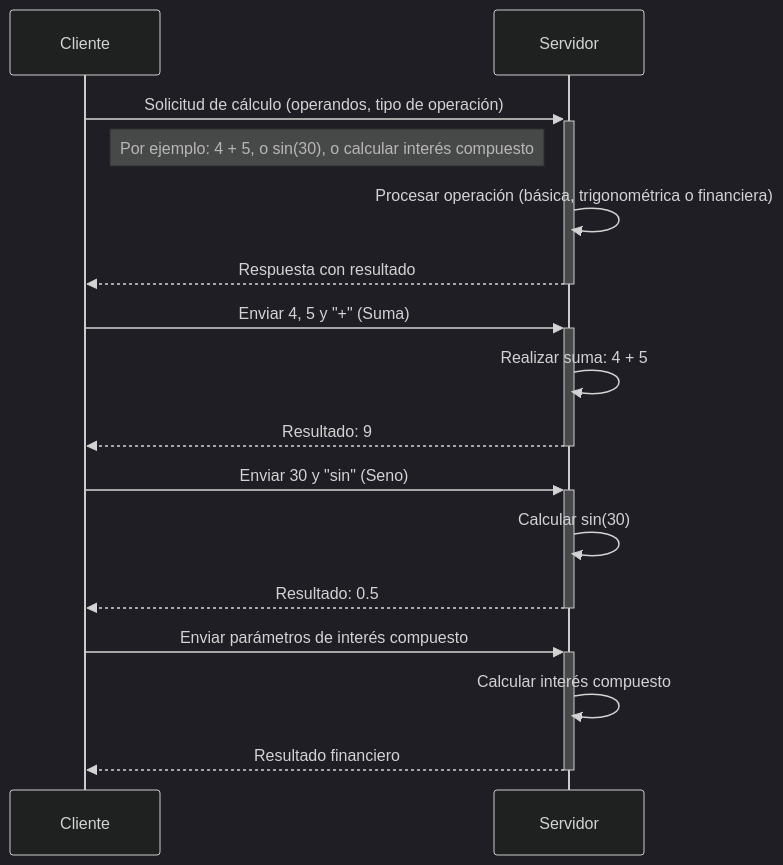
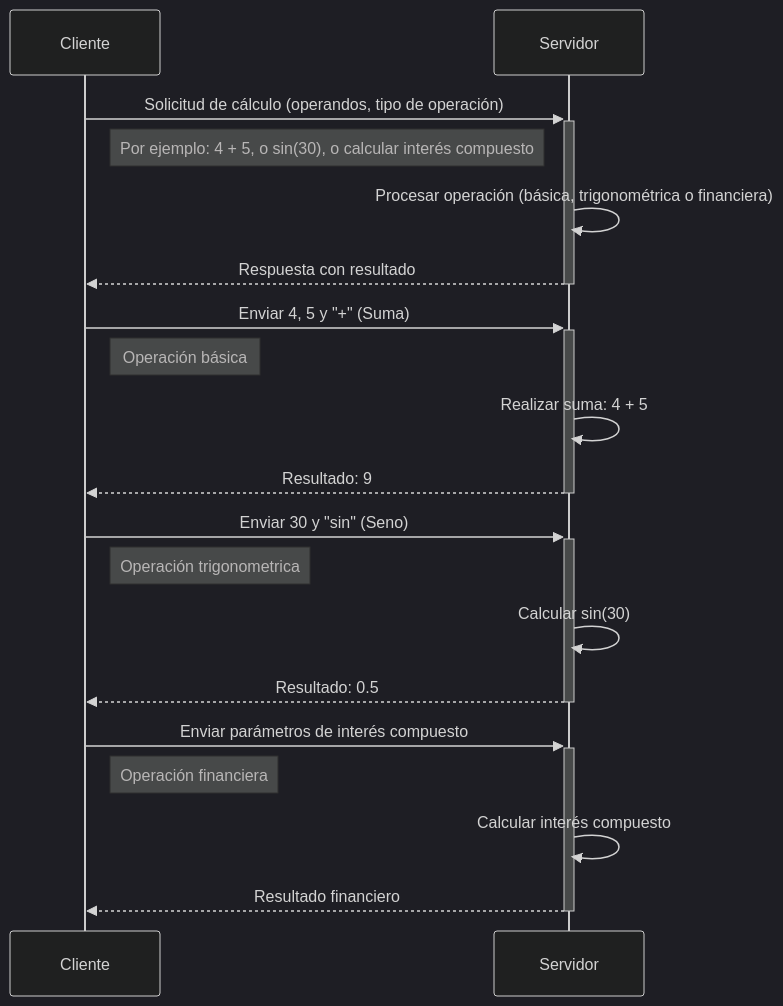
The diagram in src/Tarea29/Readme.md (Borjavaz/Tareas_PSP), drawn with Mermaid (dark theme) before and after one commit.

Commit message:
Actualizacion del readme

````diff
--- a/src/Tarea29/Readme.md
+++ b/src/Tarea29/Readme.md
@@ -1,22 +1,25 @@
 ```mermaid
 sequenceDiagram
 participant Cliente
 participant Servidor
 
 Cliente->>+Servidor: Solicitud de cálculo (operandos, tipo de operación)
 Note right of Cliente: Por ejemplo: 4 + 5, o sin(30), o calcular interés compuesto
 Servidor->>Servidor: Procesar operación (básica, trigonométrica o financiera)
 Servidor-->>-Cliente: Respuesta con resultado
 
 Cliente->>+Servidor: Enviar 4, 5 y "+" (Suma)
+Note right of Cliente: Operación básica
 Servidor->>Servidor: Realizar suma: 4 + 5
 Servidor-->>-Cliente: Resultado: 9
 
 Cliente->>+Servidor: Enviar 30 y "sin" (Seno)
+Note right of Cliente: Operación trigonometrica
 Servidor->>Servidor: Calcular sin(30)
 Servidor-->>-Cliente: Resultado: 0.5
 
 Cliente->>+Servidor: Enviar parámetros de interés compuesto
+Note right of Cliente: Operación financiera
 Servidor->>Servidor: Calcular interés compuesto
 Servidor-->>-Cliente: Resultado financiero
 ```
````
